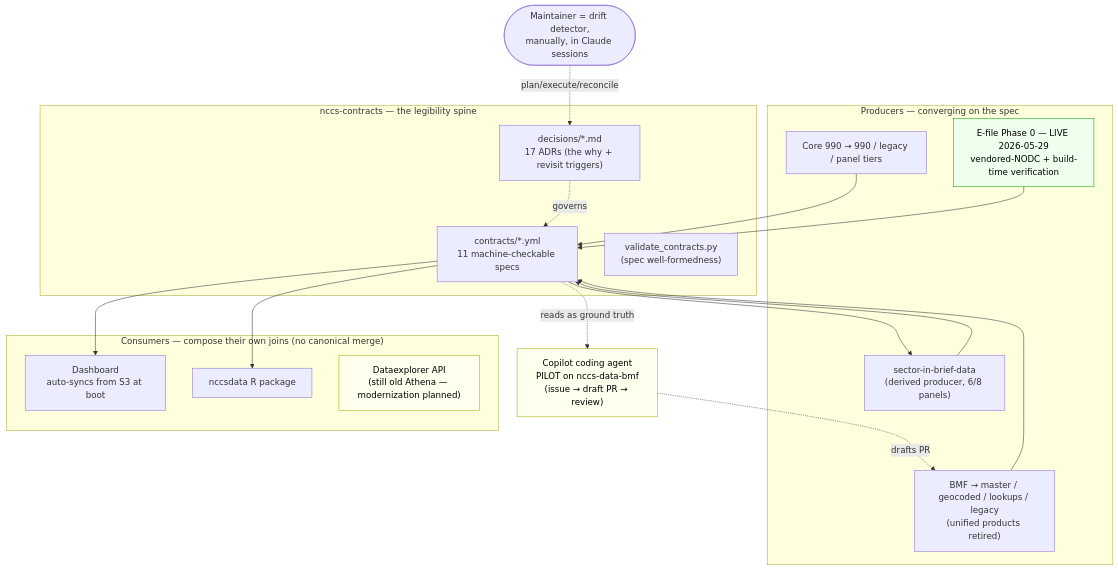
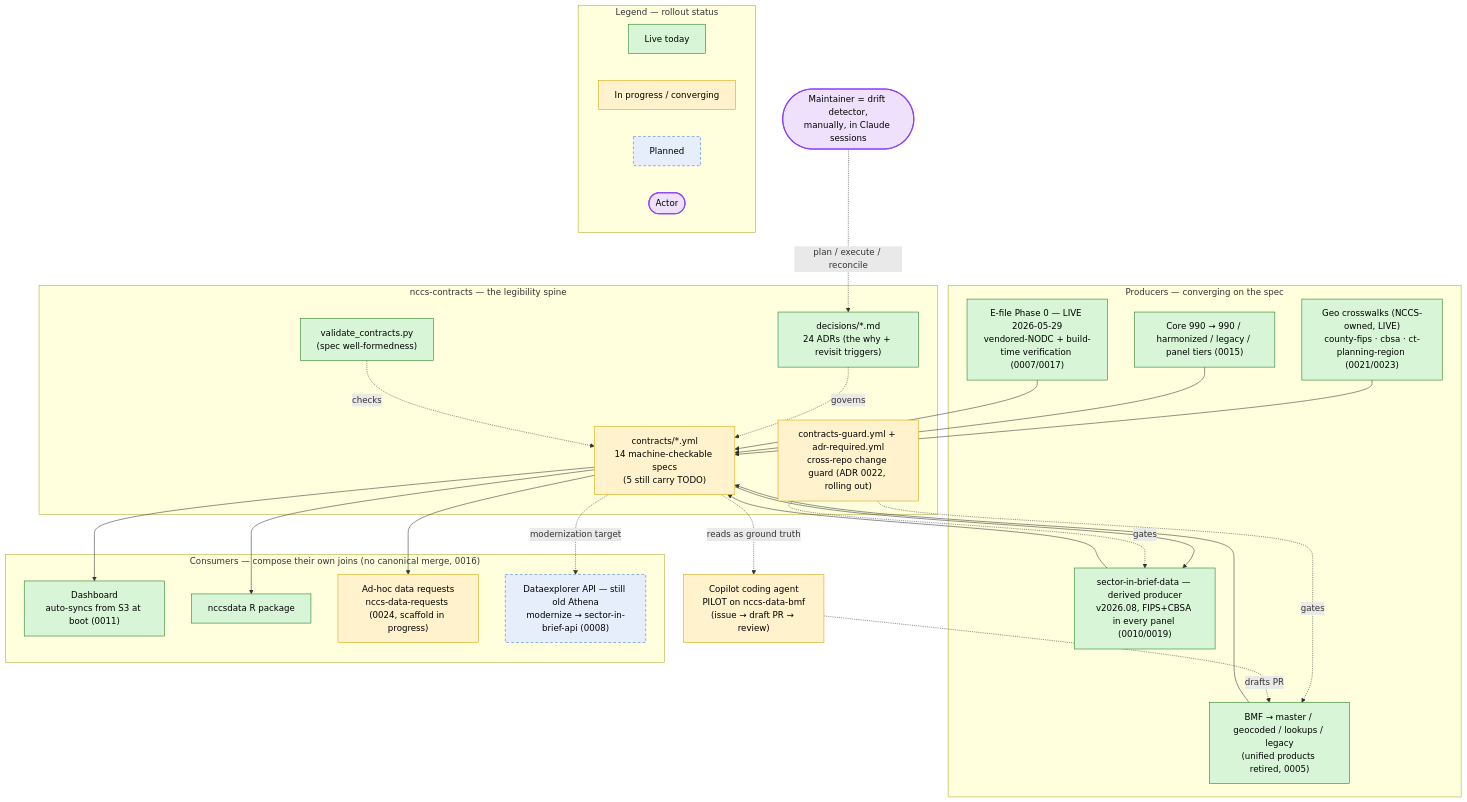
The second of 3 diagrams in docs/agentic-systems-design.md (UrbanInstitute/nccs-contracts), drawn with Mermaid before and after one commit. The commit also changed other lines of this file, not shown here.

````diff
--- a/docs/agentic-systems-design.md
+++ b/docs/agentic-systems-design.md
@@ -90,36 +90,51 @@
 ```mermaid
-flowchart TB
-    subgraph SPINE["nccs-contracts — the legibility spine"]
-        contracts["contracts/*.yml<br/>11 machine-checkable specs"]
-        adrs["decisions/*.md<br/>17 ADRs (the why + revisit triggers)"]
-        validator["validate_contracts.py<br/>(spec well-formedness)"]
-    end
+  flowchart TB
+      subgraph SPINE["nccs-contracts — the legibility spine"]
+          contracts["contracts/*.yml<br/>14 machine-checkable specs<br/>(5 still carry TODO)"]:::progress
+          adrs["decisions/*.md<br/>24 ADRs (the why + revisit triggers)"]:::live
+          validator["validate_contracts.py<br/>(spec well-formedness)"]:::live
+          guard["contracts-guard.yml + adr-required.yml<br/>cross-repo change guard (ADR 0022, rolling out)"]:::progress
+      end
 
-    subgraph PRODN["Producers — converging on the spec"]
-        bmf["BMF → master / geocoded / lookups / legacy<br/>(unified products retired)"]
-        core["Core 990 → 990 / legacy / panel tiers"]
-        efile["E-file Phase 0 — LIVE 2026-05-29<br/>vendored-NODC + build-time verification"]
-        sib["sector-in-brief-data<br/>(derived producer, 6/8 panels)"]
-    end
+      subgraph PRODN["Producers — converging on the spec"]
+          bmf["BMF → master / geocoded / lookups / legacy<br/>(unified products retired, 0005)"]:::live
+          xwalk["Geo crosswalks (NCCS-owned, LIVE)<br/>county-fips · cbsa · ct-planning-region (0021/0023)"]:::live
+          core["Core 990 → 990 / harmonized / legacy / panel tiers (0015)"]:::live
+          efile["E-file Phase 0 — LIVE 2026-05-29<br/>vendored-NODC + build-time verification (0007/0017)"]:::live
+          sib["sector-in-brief-data — derived producer<br/>v2026.08, FIPS+CBSA in every panel (0010/0019)"]:::live
+      end
 
-    subgraph CONSN["Consumers — compose their own joins (no canonical merge)"]
-        dash["Dashboard<br/>auto-syncs from S3 at boot"]
-        rpkg["nccsdata R package"]
-        oldapi["Dataexplorer API<br/>(still old Athena — modernization planned)"]
-    end
+      subgraph CONSN["Consumers — compose their own joins (no canonical merge, 0016)"]
+          dash["Dashboard<br/>auto-syncs from S3 at boot (0011)"]:::live
+          rpkg["nccsdata R package"]:::live
+          adhoc["Ad-hoc data requests<br/>nccs-data-requests (0024, scaffold in progress)"]:::progress
+          oldapi["Dataexplorer API — still old Athena<br/>modernize → sector-in-brief-api (0008)"]:::planned
+      end
 
-    bmf & core & efile --> contracts
-    sib --> contracts
-    contracts --> dash & rpkg & sib
-    adrs -. governs .-> contracts
+      bmf & xwalk & core & efile --> contracts
+      sib --> contracts
+      contracts --> dash & rpkg & sib & adhoc
+      contracts -. modernization target .-> oldapi
+      adrs -. governs .-> contracts
+      validator -. checks .-> contracts
+      guard -. gates .-> bmf & sib
 
-    human(["Maintainer = drift detector,<br/>manually, in Claude sessions"]) -. plan/execute/reconcile .-> adrs
-    copilot["Copilot coding agent<br/>PILOT on nccs-data-bmf<br/>(issue → draft PR → review)"]
-    contracts -. reads as ground truth .-> copilot
-    copilot -. drafts PR .-> bmf
+      human(["Maintainer = drift detector,<br/>manually, in Claude sessions"]):::actor
+      human -. plan / execute / reconcile .-> adrs
+      copilot["Copilot coding agent<br/>PILOT on nccs-data-bmf<br/>(issue → draft PR → review)"]:::progress
+      contracts -. reads as ground truth .-> copilot
+      copilot -. drafts PR .-> bmf
 
-    classDef live fill:#efe,stroke:#0a0,color:#000;
-    classDef wip fill:#ffe,stroke:#aa0,color:#000;
-    class efile live;
-    class copilot,oldapi wip;
+      subgraph LEGEND["Legend — rollout status"]
+          direction LR
+          l1["Live today"]:::live
+          l2["In progress / converging"]:::progress
+          l3["Planned"]:::planned
+          l4(["Actor"]):::actor
+      end
+
+      classDef live     fill:#d8f5d8,stroke:#1a7a1a,color:#000;
+      classDef progress fill:#fff2cc,stroke:#d6a400,color:#000;
+      classDef planned  fill:#e6eefc,stroke:#3b6fd6,stroke-dasharray:5 4,color:#000;
+      classDef actor    fill:#efe0fb,stroke:#8a3ffc,stroke-width:2px,color:#000;
 ```
````
